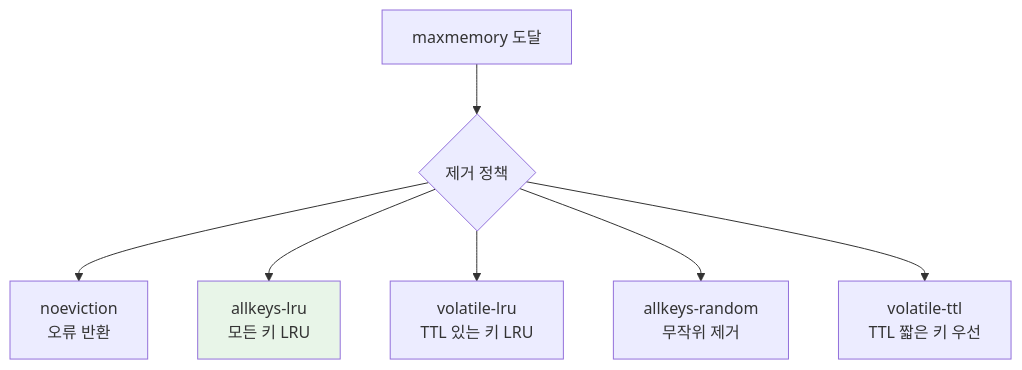
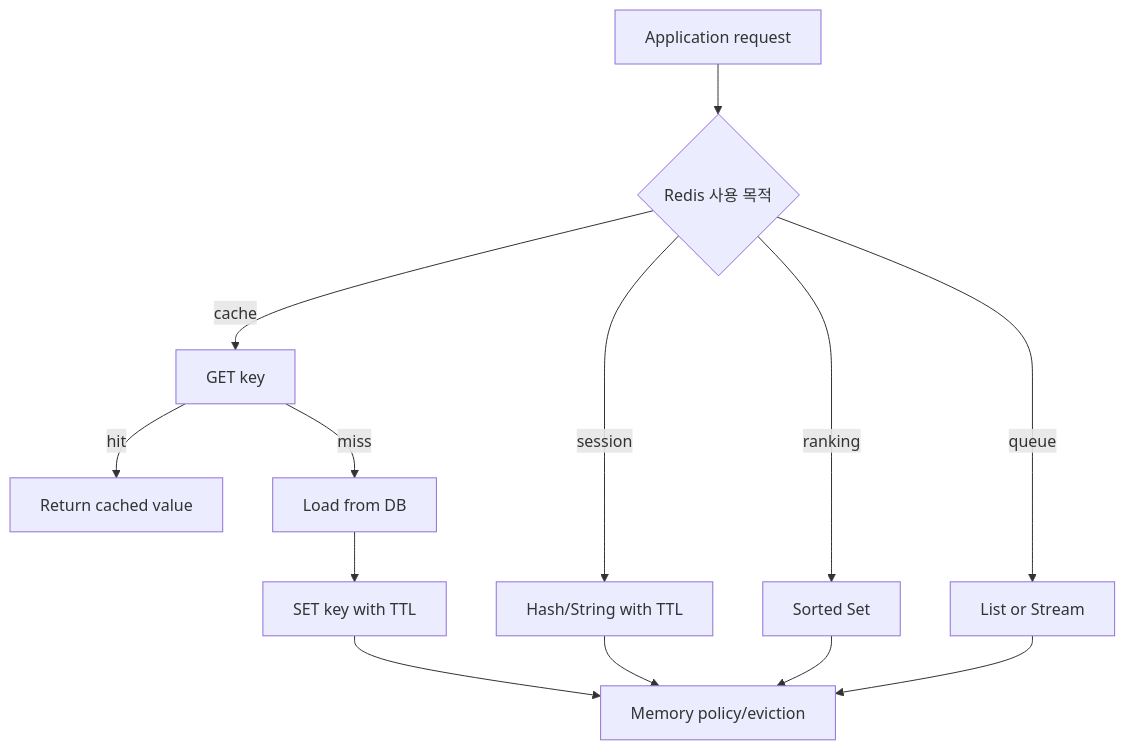
One commit to choisimo/document changed the first of 2 diagrams in content/docs/databases/redis/overview.md. Above: the diagram before and after it, drawn with Mermaid. The commit also changed other lines of this file and 432 other files, not shown here.

````diff
--- a/content/docs/databases/redis/overview.md
+++ b/content/docs/databases/redis/overview.md
@@ -148,11 +36,15 @@
 ```mermaid
-graph TD
-    A[maxmemory 도달] --> B{제거 정책}
-    B --> C[noeviction<br/>오류 반환]
-    B --> D[allkeys-lru<br/>모든 키 LRU]
-    B --> E[volatile-lru<br/>TTL 있는 키 LRU]
-    B --> F[allkeys-random<br/>무작위 제거]
-    B --> G[volatile-ttl<br/>TTL 짧은 키 우선]
-    
-    style D fill:#e8f5e8
+flowchart TD
+    A[Application request] --> B{Redis 사용 목적}
+    B -->|cache| C[GET key]
+    C -->|hit| D[Return cached value]
+    C -->|miss| E[Load from DB]
+    E --> F[SET key with TTL]
+    B -->|session| G[Hash/String with TTL]
+    B -->|ranking| H[Sorted Set]
+    B -->|queue| I[List or Stream]
+    F --> J[Memory policy/eviction]
+    G --> J
+    H --> J
+    I --> J
 ```
````
